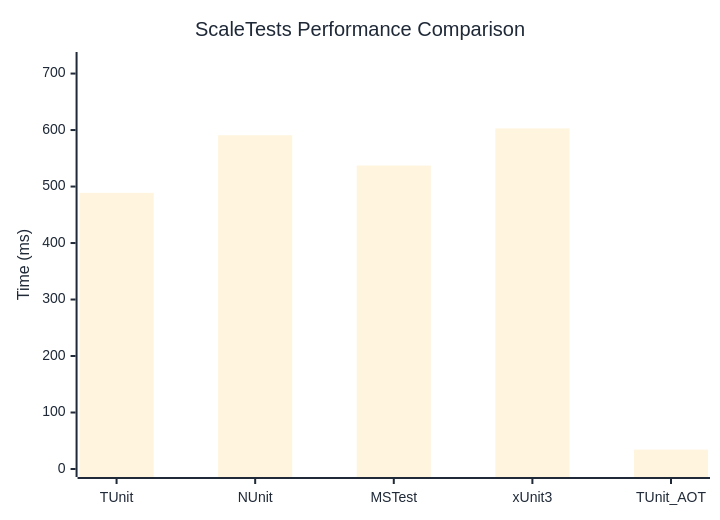
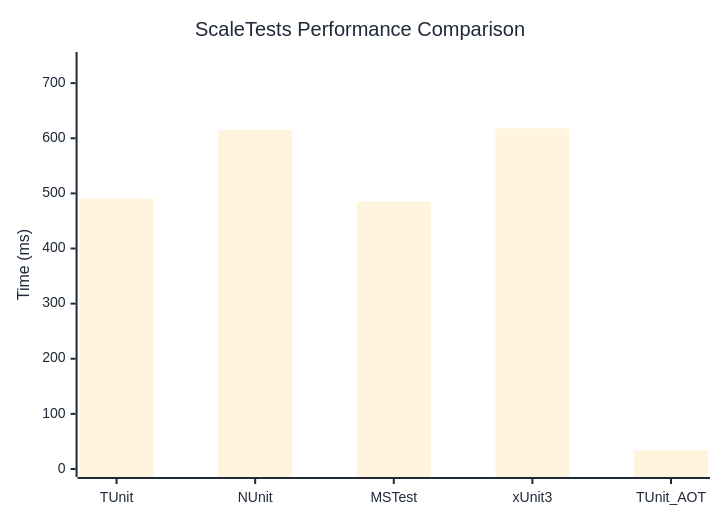
Before and after one commit to thomhurst/TUnit: the diagram in docs/docs/benchmarks/ScaleTests.md, drawn with Mermaid. The commit also changed other lines of this file and 16 other files, not shown here.

````diff
--- a/docs/docs/benchmarks/ScaleTests.md
+++ b/docs/docs/benchmarks/ScaleTests.md
@@ -27,37 +27,37 @@
 ```mermaid
 %%{init: {
   'theme':'base',
   'themeVariables': {
     'primaryColor': '#2563eb',
     'primaryTextColor': '#1f2937',
     'primaryBorderColor': '#1e40af',
     'lineColor': '#6b7280',
     'secondaryColor': '#7c3aed',
     'tertiaryColor': '#dc2626',
     'background': '#ffffff',
     'mainBkg': '#2563eb',
     'secondBkg': '#7c3aed',
     'tertiaryBkg': '#dc2626',
     'clusterBkg': '#f3f4f6',
     'edgeLabelBackground': '#ffffff',
     'tertiaryTextColor': '#1f2937',
     'pie1': '#2563eb',
     'pie2': '#7c3aed',
     'pie3': '#dc2626',
     'pie4': '#f59e0b',
     'pie5': '#10b981',
     'pie6': '#06b6d4',
     'pie7': '#ec4899',
     'pie8': '#6366f1',
     'pie9': '#84cc16',
     'pie10': '#f97316',
     'pie11': '#14b8a6',
     'pie12': '#a855f7'
   }
 }}%%
 xychart-beta
   title "ScaleTests Performance Comparison"
   x-axis ["TUnit", "NUnit", "MSTest", "xUnit3", "TUnit_AOT"]
-  y-axis "Time (ms)" 0 --> 724
-  bar [488.83, 590.74, 537.16, 602.86, 34.33]
+  y-axis "Time (ms)" 0 --> 742
+  bar [491.08, 615.08, 484.99, 618.1, 34.31]
 ```
````
